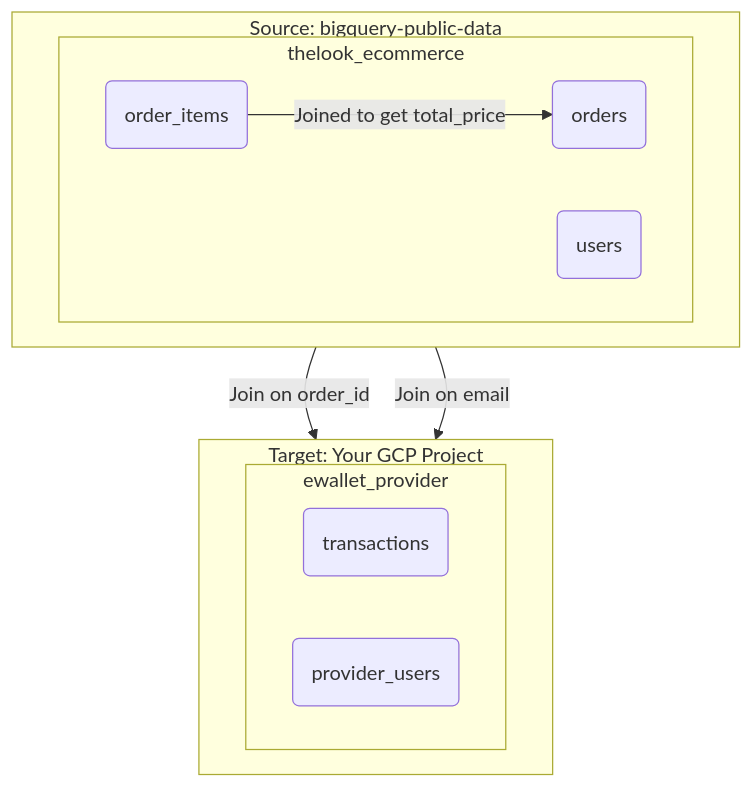
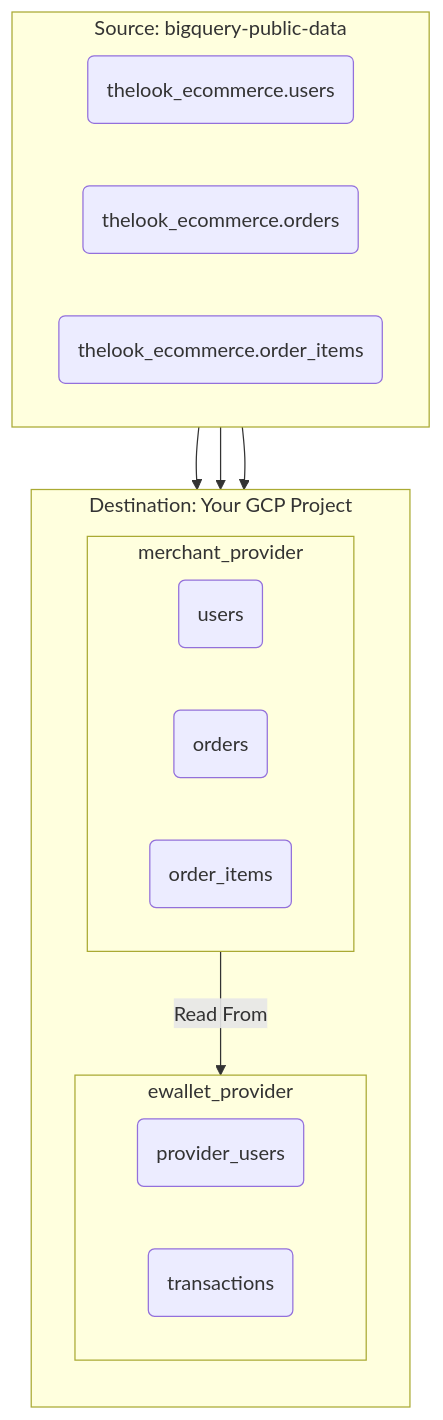
Before and after one commit to johanesalxd/data-clean-room-demo: the diagram in README.md, drawn with Mermaid. The commit also changed other lines of this file and 2 other files, not shown here.

Commit message:
create snapshot for baseline data

````diff
--- a/README.md
+++ b/README.md
@@ -113,23 +19,32 @@
 ```mermaid
 graph TD
-    subgraph Source [Source: bigquery-public-data]
+    subgraph PublicData [Source: bigquery-public-data]
         direction LR
-        subgraph MerchantData [thelook_ecommerce]
-            M_Orders(orders)
-            M_Users(users)
-            M_OrderItems(order_items)
-        end
+        PublicUsers(thelook_ecommerce.users)
+        PublicOrders(thelook_ecommerce.orders)
+        PublicOrderItems(thelook_ecommerce.order_items)
     end
 
-    subgraph Destination [Target: Your GCP Project]
-        direction LR
-        subgraph ProviderData [ewallet_provider]
-            P_Transactions(transactions)
-            P_Users(provider_users)
+    subgraph YourProject [Destination: Your GCP Project]
+        direction TB
+
+        subgraph SnapshotDS [merchant_provider]
+            direction LR
+            SnapshotUsers(users)
+            SnapshotOrders(orders)
+            SnapshotOrderItems(order_items)
         end
+
+        subgraph ProviderDS [ewallet_provider]
+            direction LR
+            ProviderUsers(provider_users)
+            ProviderTransactions(transactions)
+        end
+
+        SnapshotDS -- "Read From" --> ProviderDS
     end
 
-    M_Orders -- "Join on order_id" --> P_Transactions
-    M_Users -- "Join on email" --> P_Users
-    M_OrderItems -- "Joined to get total_price" --> M_Orders
+    PublicUsers --> SnapshotUsers
+    PublicOrders --> SnapshotOrders
+    PublicOrderItems --> SnapshotOrderItems
 ```
````
